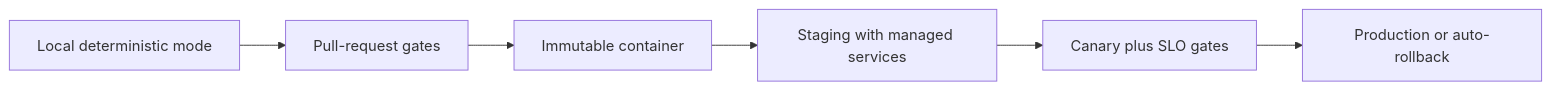
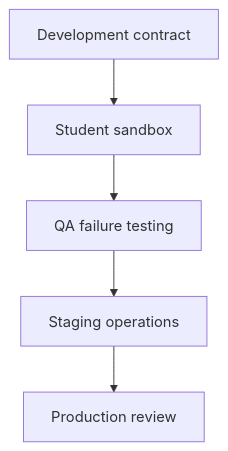
The diagram in docs/WELL_ARCHITECTED.md (realjkg/adaptcloud-applied-ai-residency), drawn with Mermaid before and after one commit. The commit also changed other lines of this file, not shown here.

Commit message:
feat: add environment promotion path (docs/WELL_ARCHITECTED.md)

````diff
--- a/docs/WELL_ARCHITECTED.md
+++ b/docs/WELL_ARCHITECTED.md
@@ -7,8 +7,7 @@
 ```mermaid
-flowchart LR
-    A["Local deterministic mode"] --> B["Pull-request gates"]
-    B --> C["Immutable container"]
-    C --> D["Staging with managed services"]
-    D --> E["Canary plus SLO gates"]
-    E --> F["Production or auto-rollback"]
+flowchart TD
+    A["Development contract"] --> B["Student sandbox"]
+    B --> C["QA failure testing"]
+    C --> D["Staging operations"]
+    D --> E["Production review"]
 ```
````
